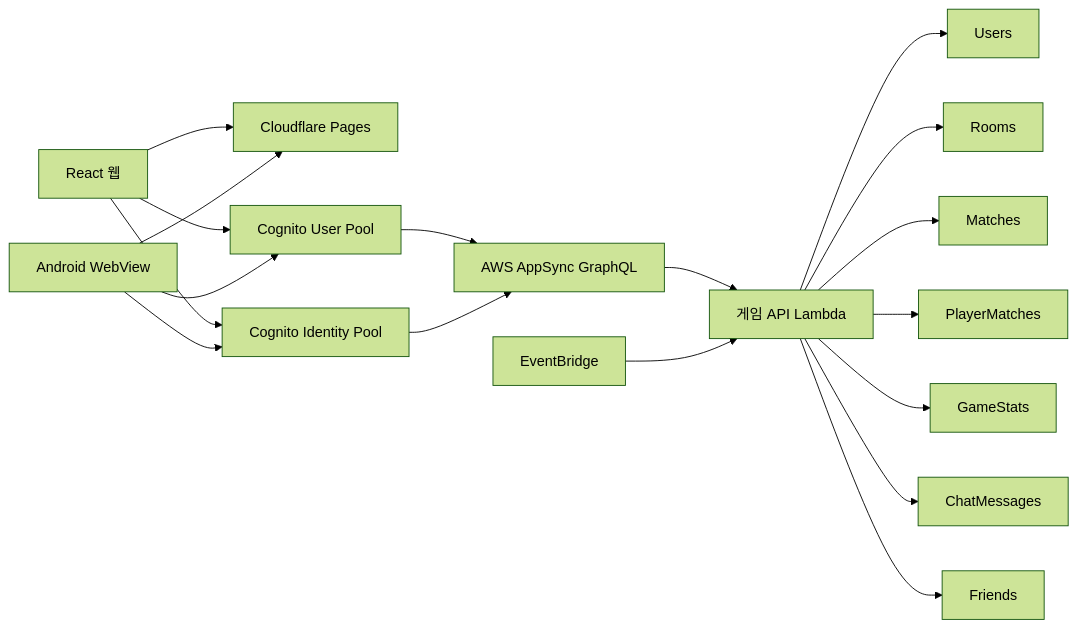
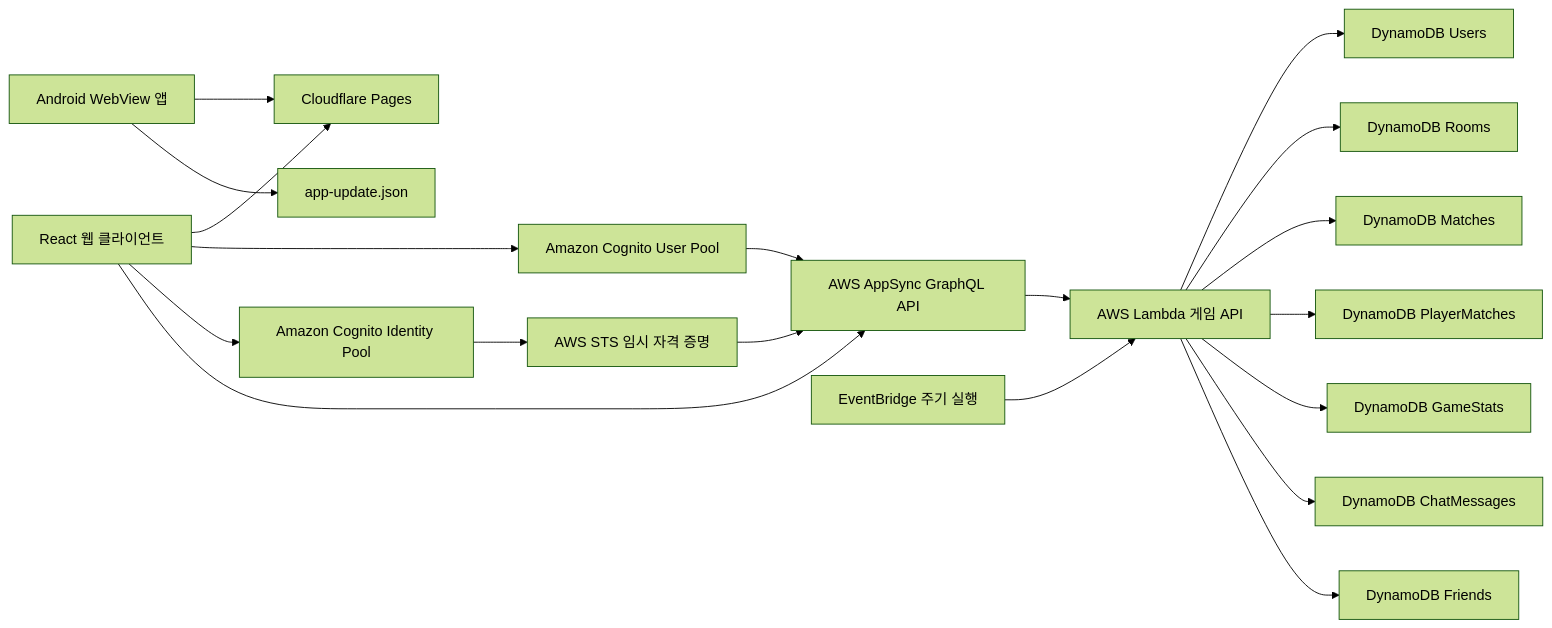
Before and after one commit to Mobil0010/MiniGameJoin: the first of 3 diagrams in README.md, drawn with Mermaid (forest theme). The commit also changed other lines of this file, not shown here.

````diff
--- a/README.md
+++ b/README.md
@@ -134,24 +218,21 @@
 ```mermaid
 flowchart LR
-    Web["React 웹"] --> Pages["Cloudflare Pages"]
-    Android["Android WebView"] --> Pages
-
-    Web --> UserPool["Cognito User Pool"]
-    Web --> IdentityPool["Cognito Identity Pool"]
-    Android --> UserPool
-    Android --> IdentityPool
-
-    UserPool --> AppSync["AWS AppSync GraphQL"]
-    IdentityPool --> AppSync
-    AppSync --> Lambda["게임 API Lambda"]
-
-    Lambda --> Users["Users"]
-    Lambda --> Rooms["Rooms"]
-    Lambda --> Matches["Matches"]
-    Lambda --> PlayerMatches["PlayerMatches"]
-    Lambda --> GameStats["GameStats"]
-    Lambda --> Chat["ChatMessages"]
-    Lambda --> Friends["Friends"]
-
-    EventBridge["EventBridge"] --> Lambda
+    Browser["React 웹 클라이언트"] --> Pages["Cloudflare Pages"]
+    Android["Android WebView 앱"] --> Pages
+    Android --> UpdateManifest["app-update.json"]
+    Browser --> UserPool["Amazon Cognito User Pool"]
+    Browser --> IdentityPool["Amazon Cognito Identity Pool"]
+    IdentityPool --> STS["AWS STS 임시 자격 증명"]
+    Browser --> AppSync["AWS AppSync GraphQL API"]
+    UserPool --> AppSync
+    STS --> AppSync
+    AppSync --> Lambda["AWS Lambda 게임 API"]
+    Lambda --> Users["DynamoDB Users"]
+    Lambda --> Rooms["DynamoDB Rooms"]
+    Lambda --> Matches["DynamoDB Matches"]
+    Lambda --> PlayerMatches["DynamoDB PlayerMatches"]
+    Lambda --> GameStats["DynamoDB GameStats"]
+    Lambda --> Chat["DynamoDB ChatMessages"]
+    Lambda --> Friends["DynamoDB Friends"]
+    Scheduler["EventBridge 주기 실행"] --> Lambda
 ```
````
